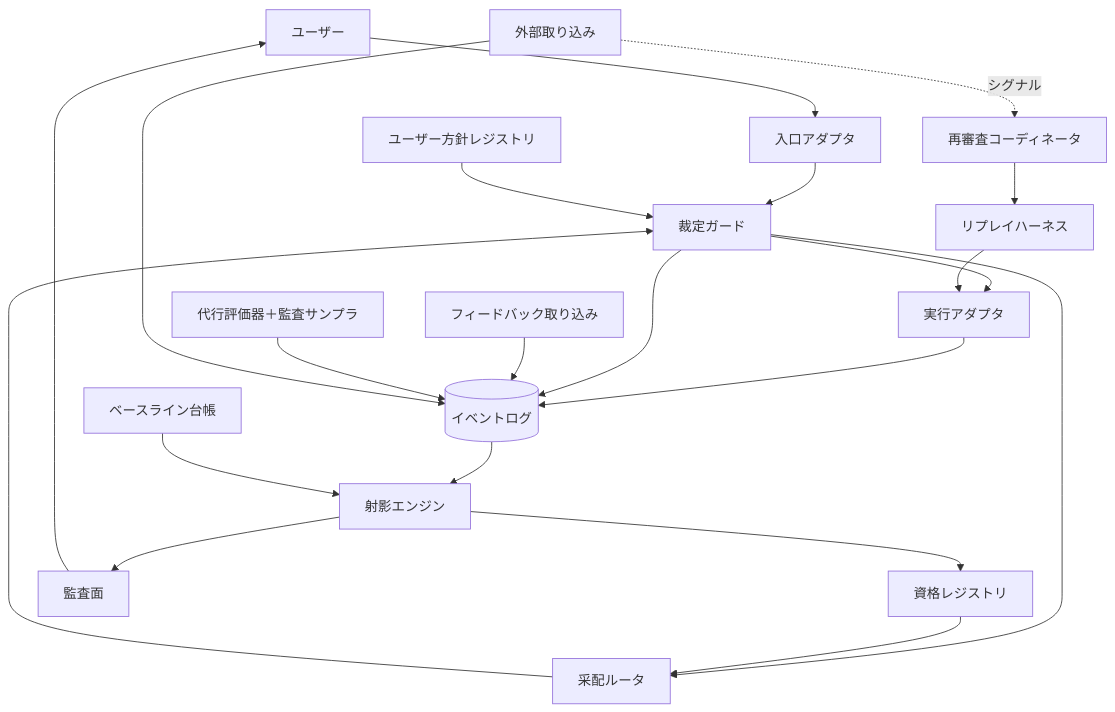
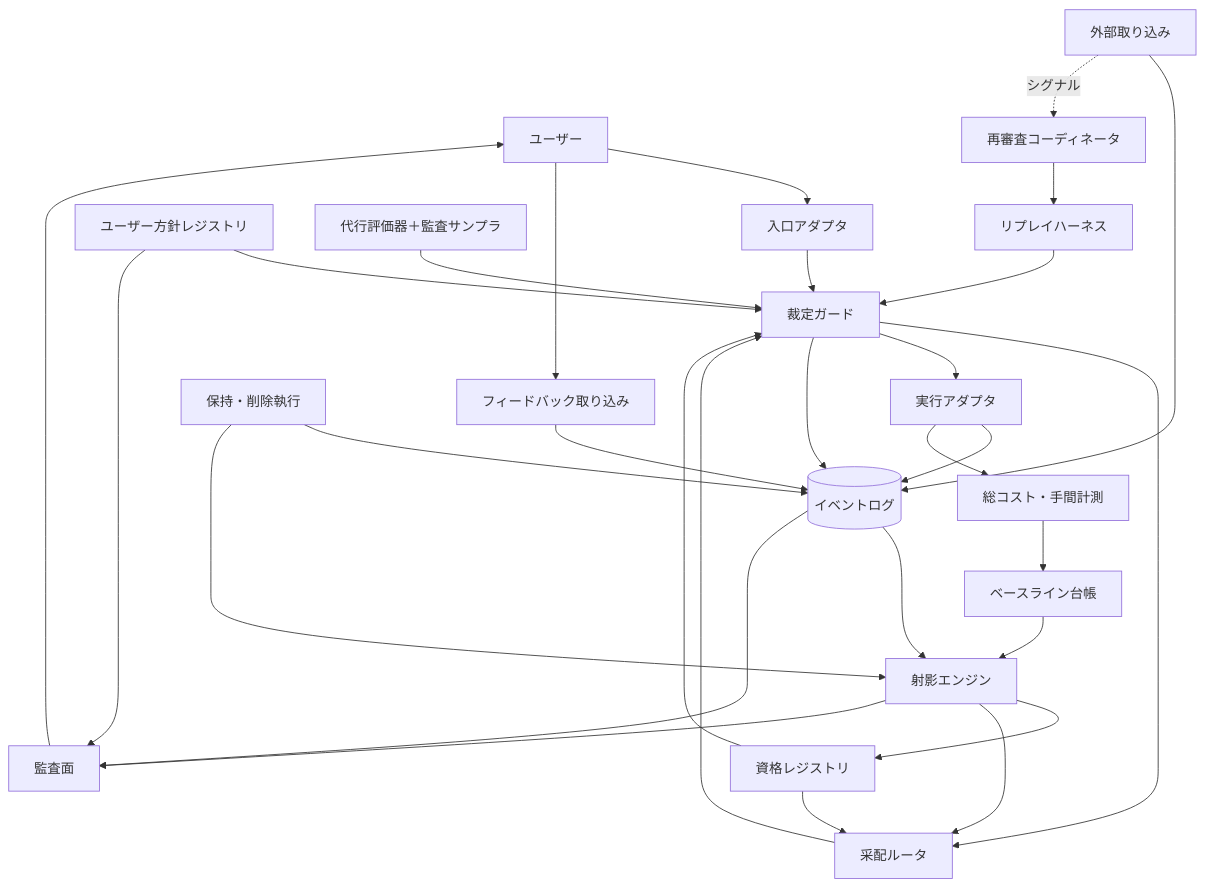
Before and after one commit to megumish/agent-dock: the diagram in DESIGN.md, drawn with Mermaid. The commit also changed other lines of this file and 1 other file, not shown here.

````diff
--- a/DESIGN.md
+++ b/DESIGN.md
@@ -41,23 +45,32 @@
 ```mermaid
 graph TD
     U[ユーザー] --> E[入口アダプタ]
+    U --> FB[フィードバック取り込み]
     E --> G[裁定ガード]
     G --> R[采配ルータ]
     R --> G
     G --> RUN[実行アダプタ]
     RUN --> LOG[(イベントログ)]
     G --> LOG
     UP[ユーザー方針レジストリ] --> G
-    FB[フィードバック取り込み] --> LOG
-    PX[代行評価器＋監査サンプラ] --> LOG
-    RP[リプレイハーネス] --> RUN
+    QR[資格レジストリ] --> G
+    FB --> LOG
+    PX[代行評価器＋監査サンプラ] --> G
+    RP[リプレイハーネス] --> G
     EXT[外部取り込み] --> LOG
     RC[再審査コーディネータ] --> RP
     EXT -. シグナル .-> RC
     LOG --> PRJ[射影エンジン]
     BL[ベースライン台帳] --> PRJ
-    PRJ --> QR[資格レジストリ]
+    RUN --> CM[総コスト・手間計測]
+    CM --> BL
+    PRJ --> QR
+    PRJ --> R
     QR --> R
-    PRJ --> AV[監査面]
+    RD[保持・削除執行] --> LOG
+    RD --> PRJ
+    UP --> AV[監査面]
+    LOG --> AV
+    PRJ --> AV
     AV --> U
 ```
````
